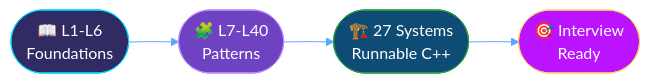
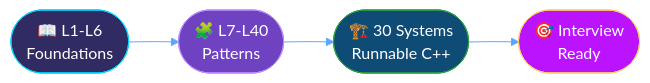
Before and after one commit to subhm2004/LLD: the first of 2 diagrams in README.md, drawn with Mermaid. The commit also changed other lines of this file and 99 other files, not shown here.

````diff
--- a/README.md
+++ b/README.md
@@ -93,11 +108,11 @@
 ```mermaid
 %%{init: {'theme': 'base', 'themeVariables': { 'primaryColor': '#2F81F7', 'primaryTextColor': '#fff', 'lineColor': '#58a6ff', 'secondaryColor': '#6f42c1', 'tertiaryColor': '#161b22'}}}%%
 flowchart LR
     A([📖 L1-L6<br/>Foundations]) --> B([🧩 L7-L40<br/>Patterns])
-    B --> C([🏗️ 27 Systems<br/>Runnable C++])
+    B --> C([🏗️ 30 Systems<br/>Runnable C++])
     C --> D([🎯 Interview<br/>Ready])
     style A fill:#302b63,stroke:#00d4ff,color:#fff
     style B fill:#6f42c1,stroke:#bc8cff,color:#fff
     style C fill:#0f4c75,stroke:#2ea043,color:#fff
     style D fill:#bc13fe,stroke:#ffd166,color:#fff
 ```
````
